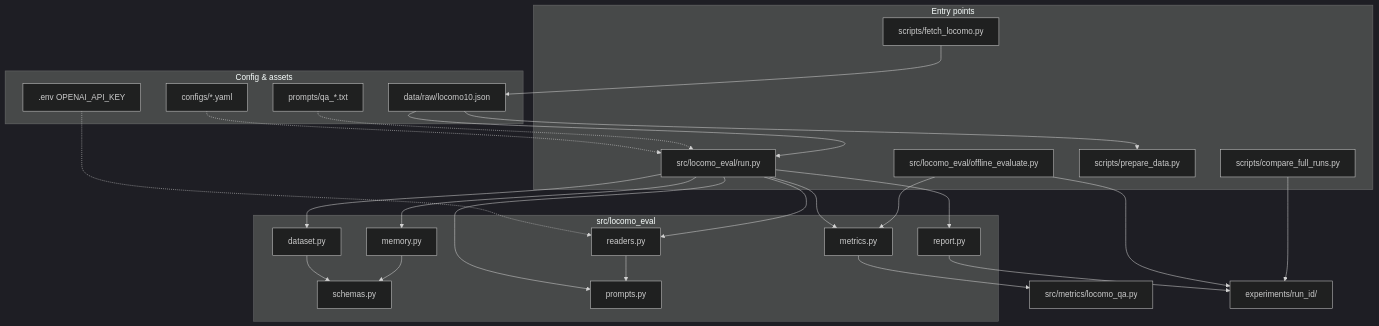
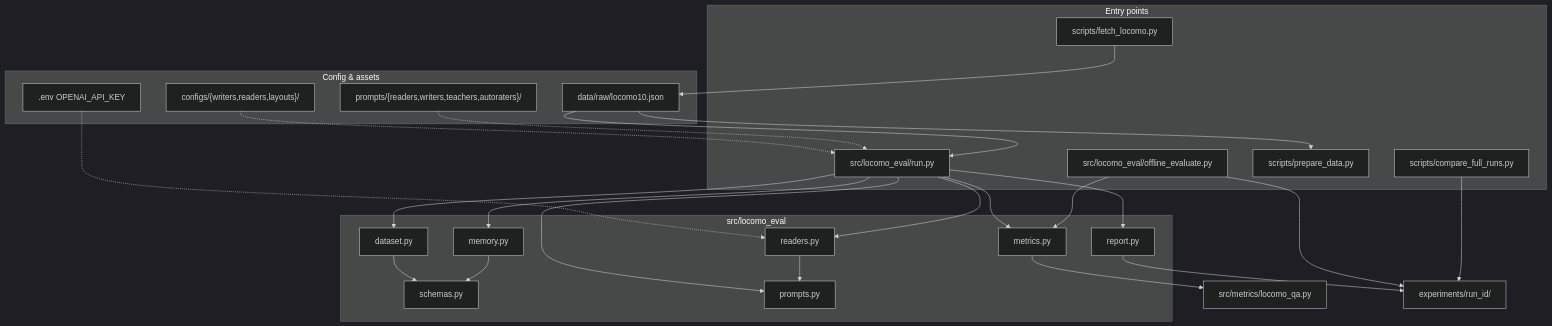
One commit to park-jsdev/long-term-memory-eval changed the first of 4 diagrams in README.md. Above: the diagram before and after it, drawn with Mermaid (dark theme). The commit also changed other lines of this file and 163 other files, not shown here.

````diff
--- a/README.md
+++ b/README.md
@@ -15,52 +15,52 @@
 ```mermaid
 flowchart TB
   subgraph Config["Config & assets"]
-    YAML["configs/*.yaml"]
-    PROMPT["prompts/qa_*.txt"]
+    YAML["configs/{writers,readers,layouts}/"]
+    PROMPT["prompts/{readers,writers,teachers,autoraters}/"]
     ENV[".env OPENAI_API_KEY"]
     DATA["data/raw/locomo10.json"]
   end
 
   subgraph CLI["Entry points"]
     RUN["src/locomo_eval/run.py"]
     EVAL["src/locomo_eval/offline_evaluate.py"]
     PREP["scripts/prepare_data.py"]
     CMP["scripts/compare_full_runs.py"]
     FETCH["scripts/fetch_locomo.py"]
   end
 
   subgraph Core["src/locomo_eval"]
     DS["dataset.py"]
     SCH["schemas.py"]
     MEM["memory.py"]
     PR["prompts.py"]
     RD["readers.py"]
     MET["metrics.py"]
     REP["report.py"]
   end
 
   LOCOMO["src/metrics/locomo_qa.py"]
   OUT["experiments/run_id/"]
 
   FETCH --> DATA
   YAML -.-> RUN
   PROMPT -.-> RUN
   ENV -.-> RD
   DATA --> RUN
   DATA --> PREP
 
   RUN --> DS
   RUN --> MEM
   RUN --> PR
   RUN --> RD
   RUN --> MET
   RUN --> REP
   DS --> SCH
   MEM --> SCH
   RD --> PR
   MET --> LOCOMO
   REP --> OUT
   EVAL --> MET
   EVAL --> OUT
   CMP --> OUT
 ```
````
